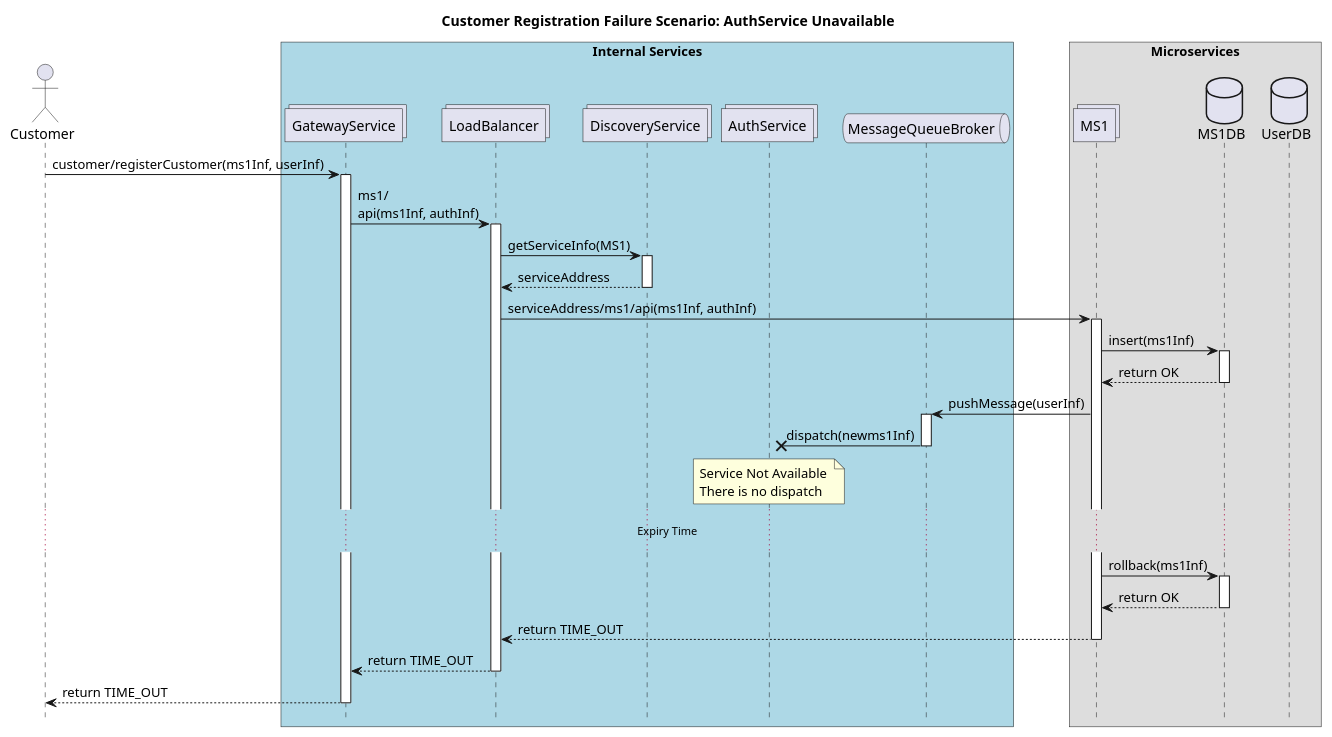
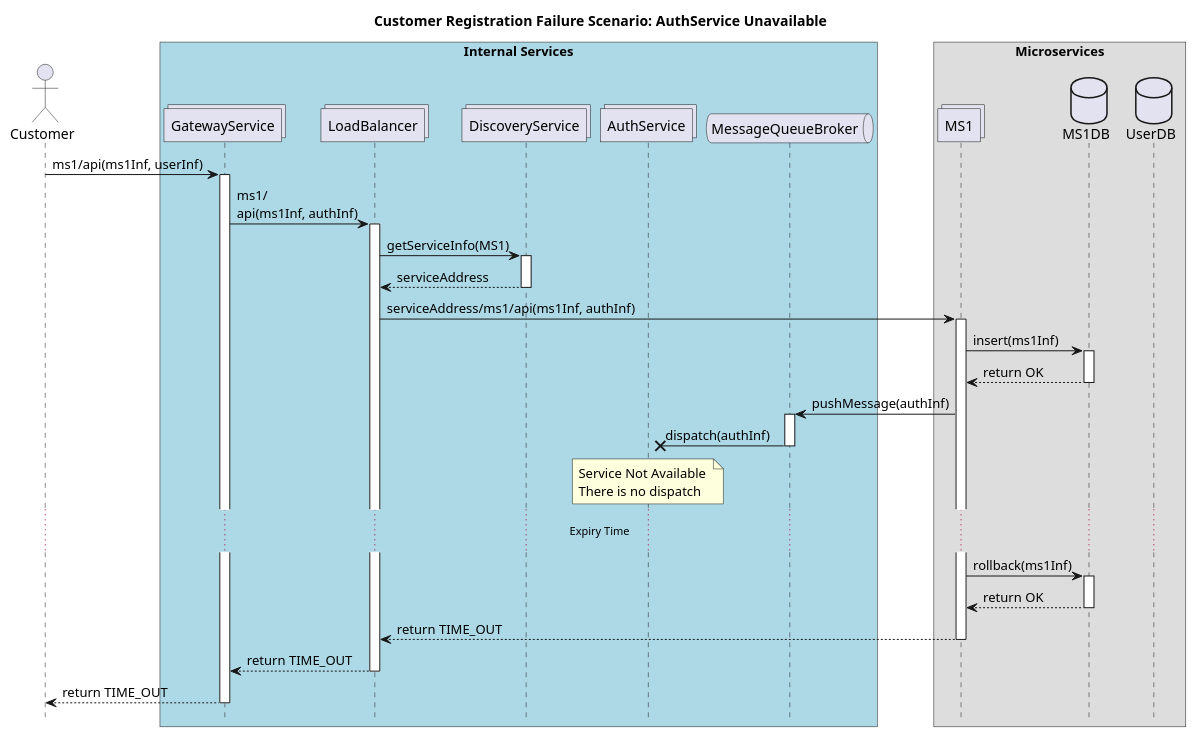
One commit to naimyurek/microblockthesis changed the diagram in 04 Client Registration Failure 1.wsd. Above: the diagram before and after it, drawn with PlantUML. The commit also changed 4 other files, not shown here.

```diff
--- a/04 Client Registration Failure 1.wsd
+++ b/04 Client Registration Failure 1.wsd
@@ -1,42 +1,42 @@
 @startuml CustomerRegistrationFailureScenarioAuthServiceUnavailable
 !pragma teoz true
 
 title "Customer Registration Failure Scenario: AuthService Unavailable"
 
 hide footbox
 actor Customer
 
 
 box "Internal Services" #LightBlue
 collections GatewayService
 collections LoadBalancer
 collections DiscoveryService
 collections AuthService
 queue MessageQueueBroker
 end box
 
 box "Microservices"
 collections MS1
 database MS1DB
 database UserDB
 end box
 
-Customer -> GatewayService ++ : customer/registerCustomer(ms1Inf, userInf)
+Customer -> GatewayService ++ : ms1/api(ms1Inf, userInf)
 GatewayService -> LoadBalancer ++ : ms1/\napi(ms1Inf, authInf)
 LoadBalancer -> DiscoveryService ++ : getServiceInfo(MS1)
 return serviceAddress 
 LoadBalancer -> MS1 ++ : serviceAddress/ms1/api(ms1Inf, authInf)
 MS1 -> MS1DB ++: insert(ms1Inf)
 return return OK 
-MS1 -> MessageQueueBroker ++ : pushMessage(userInf)
-MessageQueueBroker ->x AuthService -- : dispatch(newms1Inf)
+MS1 -> MessageQueueBroker ++ : pushMessage(authInf)
+MessageQueueBroker ->x AuthService -- : dispatch(authInf)
 note over AuthService: Service Not Available \nThere is no dispatch
 ...Expiry Time...
 MS1 -> MS1DB ++: rollback(ms1Inf)
 return return OK 
 return return TIME_OUT 
 return return TIME_OUT 
 return return TIME_OUT 
 
 
 @enduml
```
